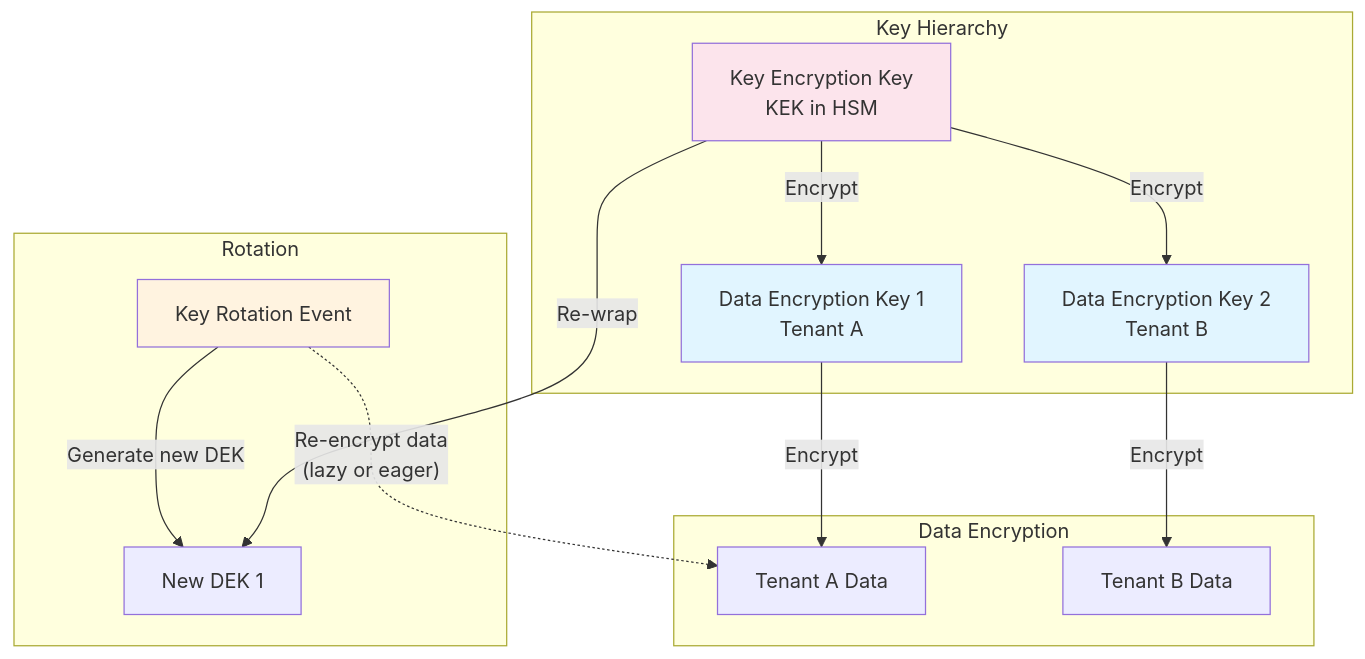
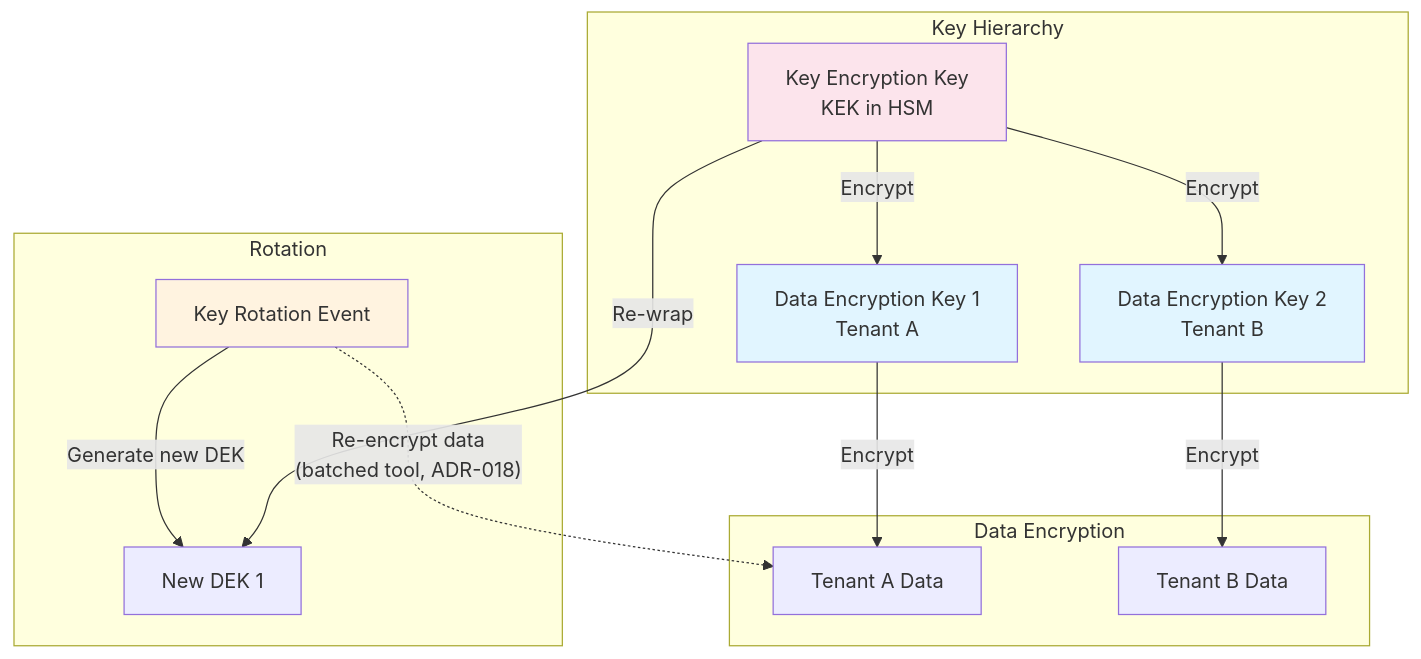
The tenth of 16 diagrams in docs/ARCHITECTURE.md (MysterionRise/encrypted-information-retrieval), drawn with Mermaid before and after one commit. The commit also changed other lines of this file and 31 other files, not shown here.

````diff
--- a/docs/ARCHITECTURE.md
+++ b/docs/ARCHITECTURE.md
@@ -444,28 +458,28 @@
 ```mermaid
 graph TB
     subgraph "Key Hierarchy"
         KEK[Key Encryption Key<br/>KEK in HSM]
         DEK1[Data Encryption Key 1<br/>Tenant A]
         DEK2[Data Encryption Key 2<br/>Tenant B]
 
         KEK -->|Encrypt| DEK1
         KEK -->|Encrypt| DEK2
     end
 
     subgraph "Data Encryption"
         DEK1 -->|Encrypt| DATA1[Tenant A Data]
         DEK2 -->|Encrypt| DATA2[Tenant B Data]
     end
 
     subgraph "Rotation"
         ROT[Key Rotation Event]
         ROT -->|Generate new DEK| DEK1_NEW[New DEK 1]
         KEK -->|Re-wrap| DEK1_NEW
-        ROT -.->|"Re-encrypt data<br/>(lazy or eager)"| DATA1
+        ROT -.->|"Re-encrypt data<br/>(batched tool, ADR-018)"| DATA1
     end
 
     style KEK fill:#fce4ec
     style DEK1 fill:#e1f5ff
     style DEK2 fill:#e1f5ff
     style ROT fill:#fff3e0
 ```
````
